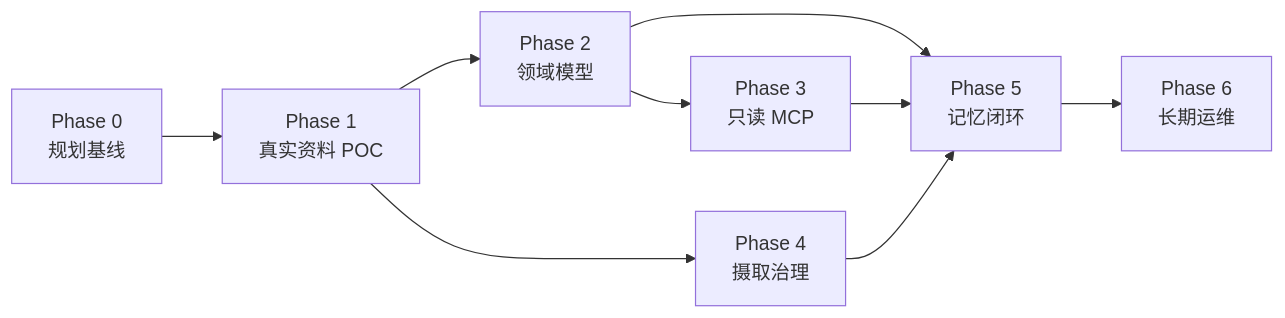
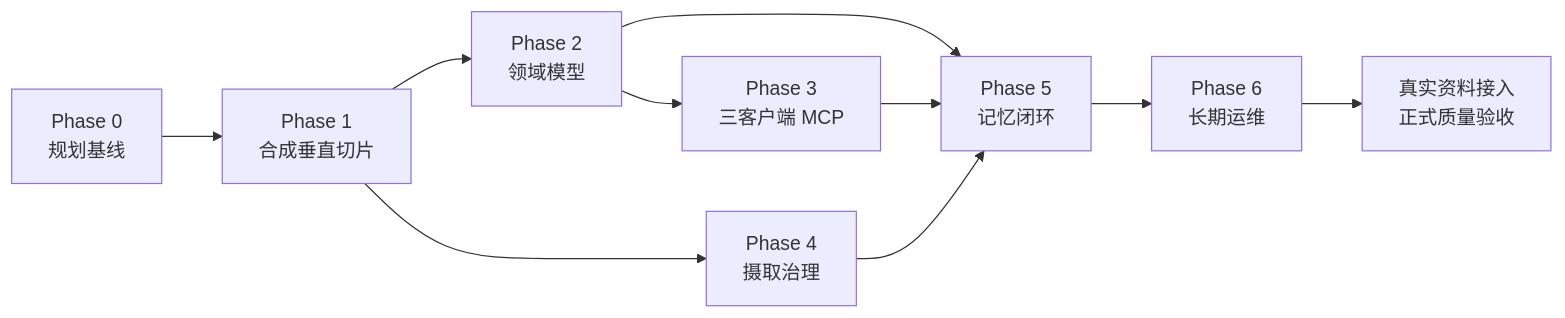
Before and after one commit to Tangtaizong-BUAA/MinerU-Document-Explorer: the diagram in docs/changyi-jiuan/07-roadmap.md, drawn with Mermaid. The commit also changed other lines of this file and 14 other files, not shown here.

````diff
--- a/docs/changyi-jiuan/07-roadmap.md
+++ b/docs/changyi-jiuan/07-roadmap.md
@@ -182,11 +187,12 @@
 ```mermaid
 flowchart LR
-    P0["Phase 0<br/>规划基线"] --> P1["Phase 1<br/>真实资料 POC"]
+    P0["Phase 0<br/>规划基线"] --> P1["Phase 1<br/>合成垂直切片"]
     P1 --> P2["Phase 2<br/>领域模型"]
-    P2 --> P3["Phase 3<br/>只读 MCP"]
+    P2 --> P3["Phase 3<br/>三客户端 MCP"]
     P1 --> P4["Phase 4<br/>摄取治理"]
     P2 --> P5["Phase 5<br/>记忆闭环"]
     P3 --> P5
     P4 --> P5
     P5 --> P6["Phase 6<br/>长期运维"]
+    P6 --> R["真实资料接入<br/>正式质量验收"]
 ```
````
